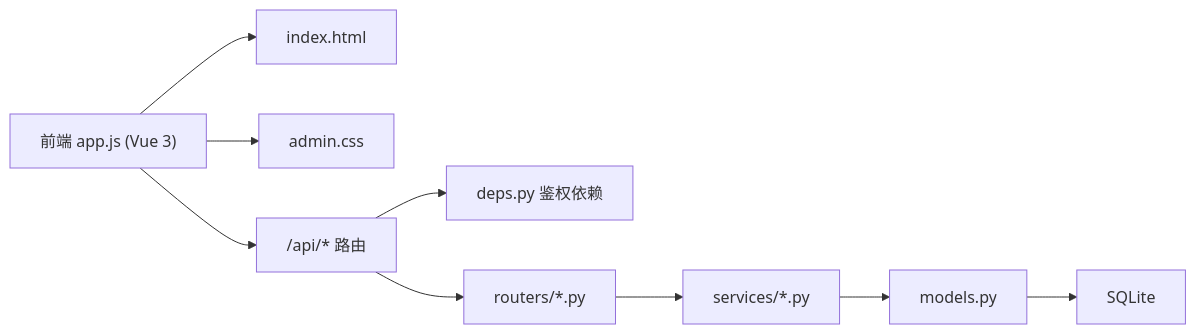
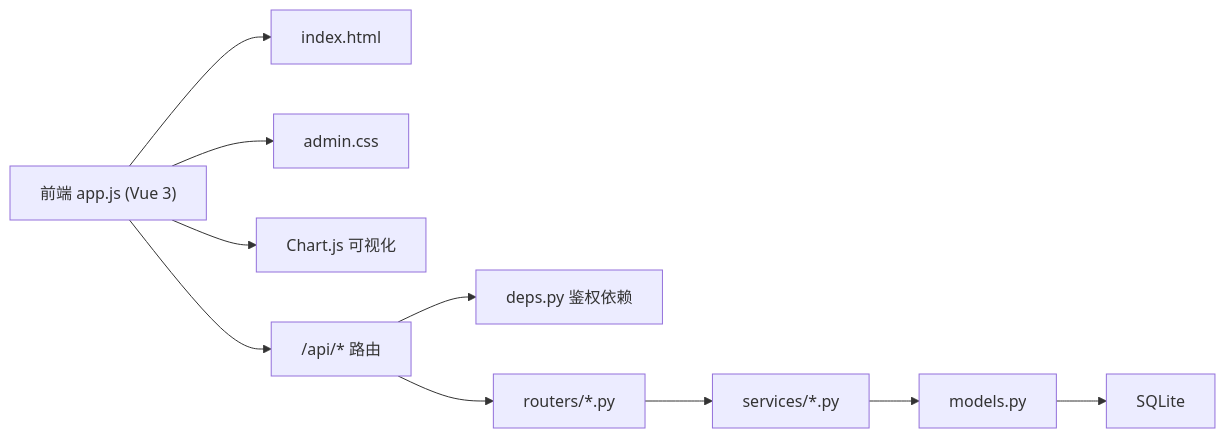
The tenth of 10 diagrams in .qoder/repowiki/zh/content/暑假作业打卡系统/前端应用设计/管理后台应用.md (onebody/homework), drawn with Mermaid before and after one commit. The commit also changed other lines of this file and 14 other files, not shown here.

````diff
--- a/.qoder/repowiki/zh/content/暑假作业打卡系统/前端应用设计/管理后台应用.md
+++ b/.qoder/repowiki/zh/content/暑假作业打卡系统/前端应用设计/管理后台应用.md
@@ -574,11 +648,12 @@
 ```mermaid
 graph LR
 FE["前端 app.js (Vue 3)"] --> HTML["index.html"]
 FE --> CSS["admin.css"]
+FE --> Chart["Chart.js 可视化"]
 FE --> API["/api/* 路由"]
 API --> DEPS["deps.py 鉴权依赖"]
 API --> ROUTERS["routers/*.py"]
 ROUTERS --> SERVICES["services/*.py"]
 SERVICES --> MODELS["models.py"]
 MODELS --> DB["SQLite"]
 ```
````
